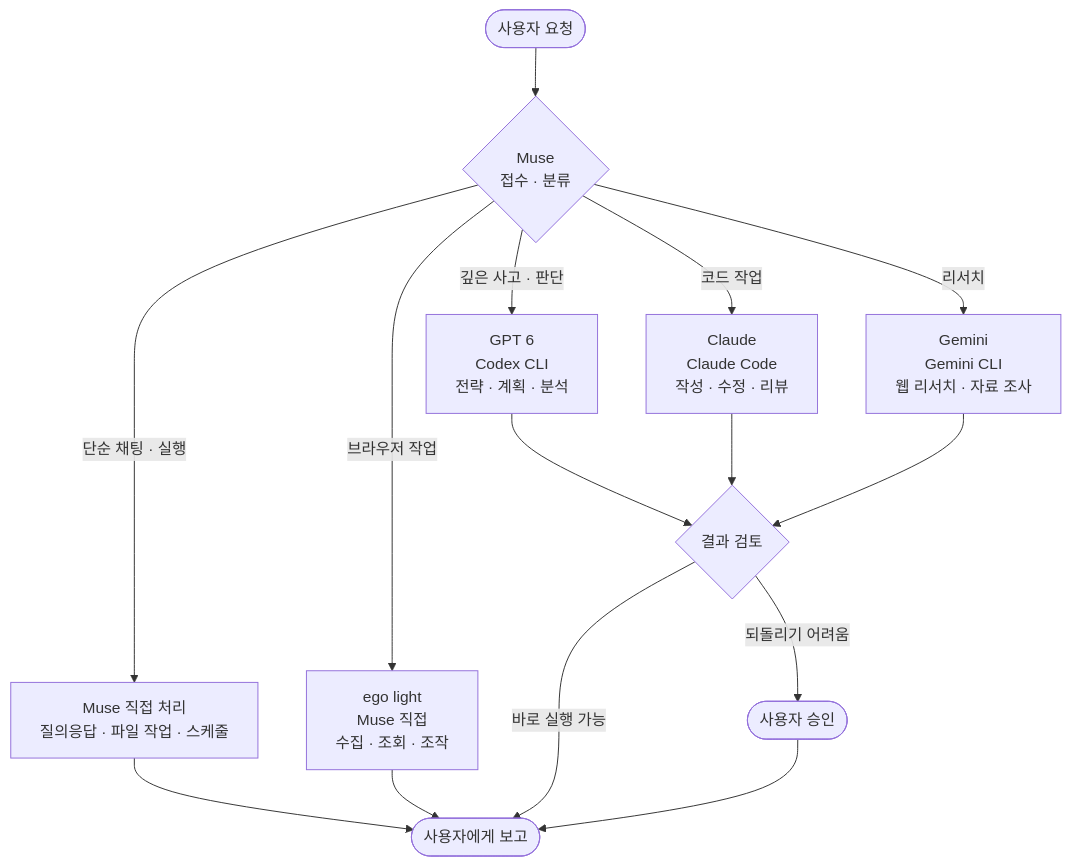
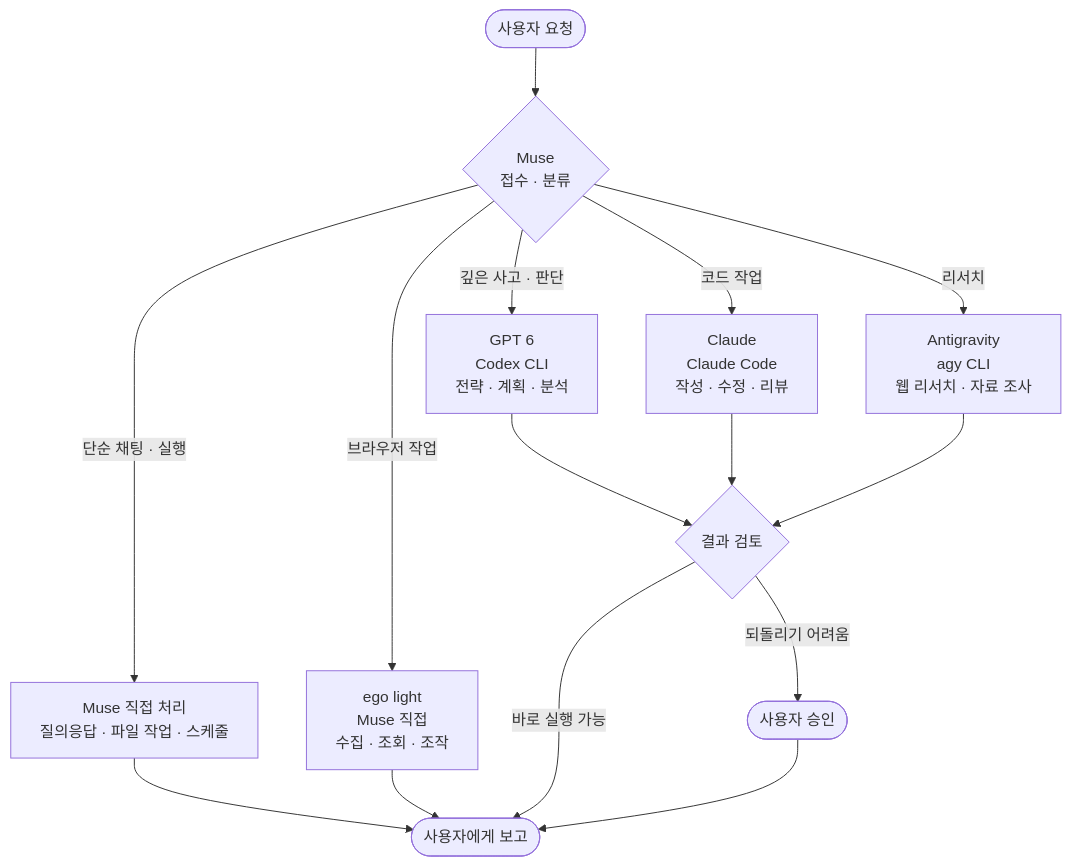
The first of 2 diagrams in ORCHESTRATION.md (groundroot/muse-orchestration), drawn with Mermaid before and after one commit. The commit also changed other lines of this file and 4 other files, not shown here.

Commit message:
Gemini CLI → Antigravity CLI로 전환 (공식 후속, agy)

````diff
--- a/ORCHESTRATION.md
+++ b/ORCHESTRATION.md
@@ -153,20 +153,20 @@
 ```mermaid
 flowchart TD
     User([사용자 요청]) --> Muse{Muse<br/>접수 · 분류}
 
     Muse -->|단순 채팅 · 실행| Direct[Muse 직접 처리<br/>질의응답 · 파일 작업 · 스케줄]
     Muse -->|깊은 사고 · 판단| GPT[GPT 6<br/>Codex CLI<br/>전략 · 계획 · 분석]
     Muse -->|코드 작업| Claude[Claude<br/>Claude Code<br/>작성 · 수정 · 리뷰]
-    Muse -->|리서치| Gemini[Gemini<br/>Gemini CLI<br/>웹 리서치 · 자료 조사]
+    Muse -->|리서치| Agy[Antigravity<br/>agy CLI<br/>웹 리서치 · 자료 조사]
     Muse -->|브라우저 작업| Ego[ego light<br/>Muse 직접<br/>수집 · 조회 · 조작]
 
     GPT --> Review{결과 검토}
     Claude --> Review
-    Gemini --> Review
+    Agy --> Review
     Direct --> Done([사용자에게 보고])
     Ego --> Done
 
     Review -->|되돌리기 어려움| Approve([사용자 승인])
     Review -->|바로 실행 가능| Done
     Approve --> Done
 ```
````
